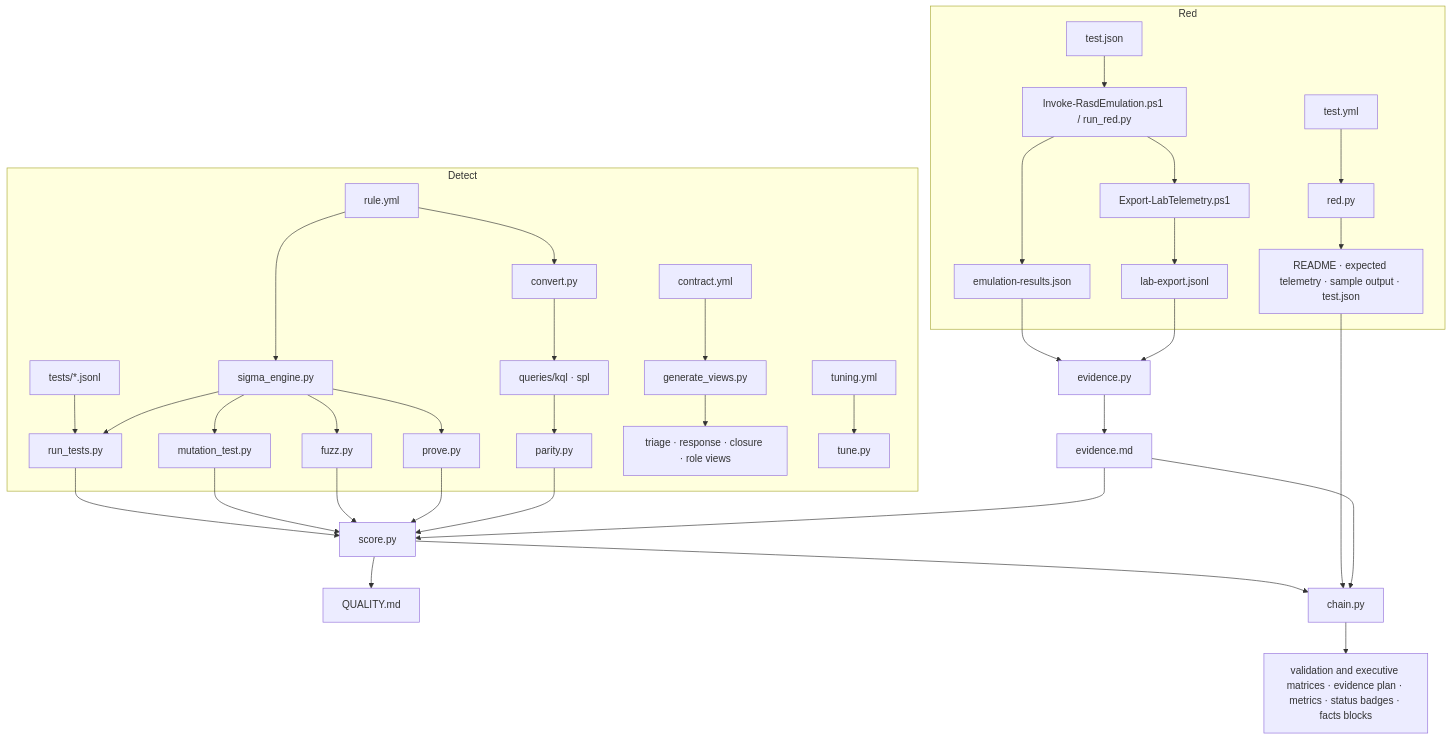
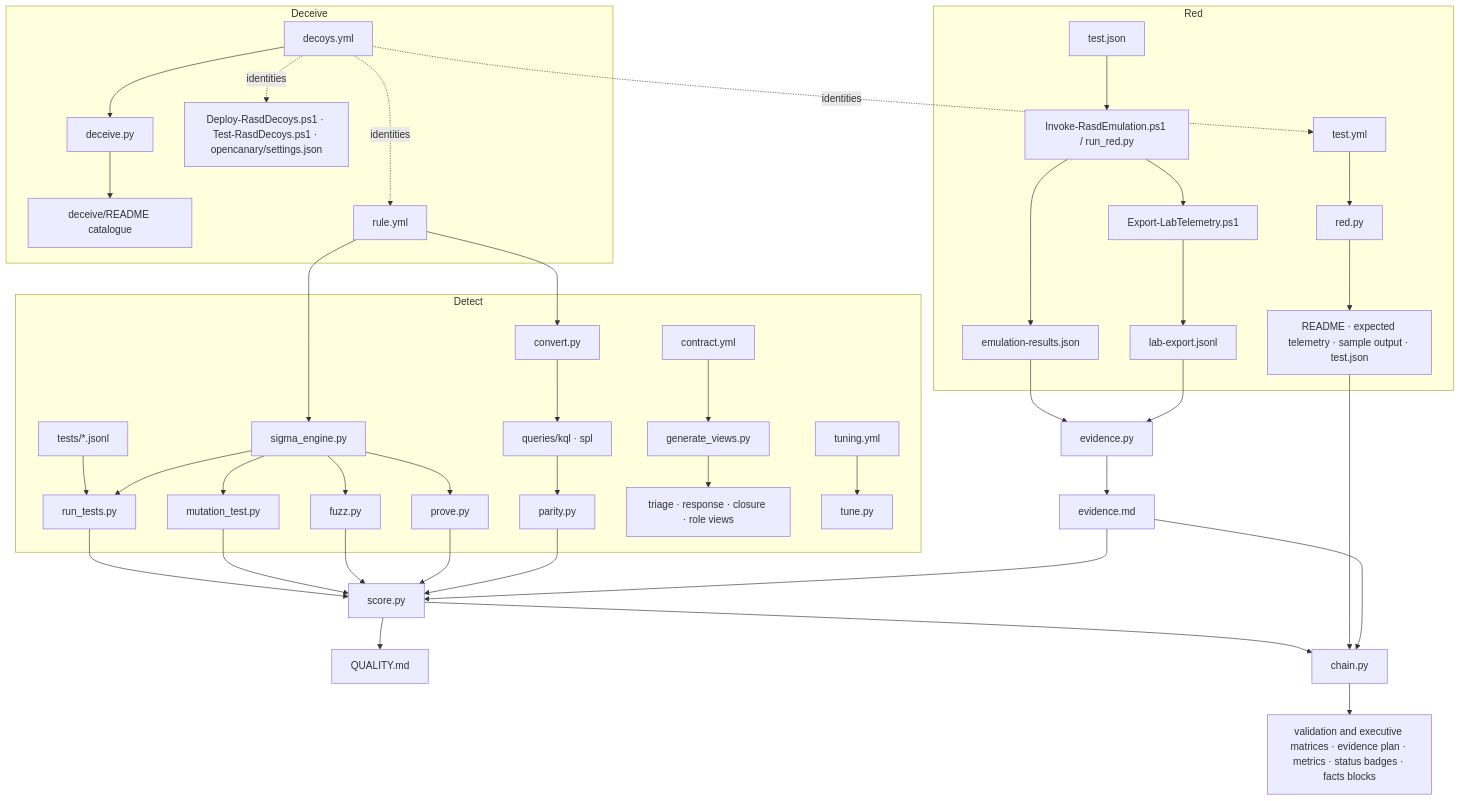
One commit to engziyad/RASD changed the diagram in docs/RASD_ARCHITECTURE.md. Above: the diagram before and after it, drawn with Mermaid. The commit also changed other lines of this file and 166 other files, not shown here.

````diff
--- a/docs/RASD_ARCHITECTURE.md
+++ b/docs/RASD_ARCHITECTURE.md
@@ -32,19 +33,25 @@
 ```mermaid
 flowchart TB
     subgraph Red
         TY[test.yml] --> RD[red.py] --> RG[README · expected telemetry · sample output · test.json]
         TJ[test.json] --> RUN[Invoke-RasdEmulation.ps1 / run_red.py] --> RES[emulation-results.json]
         RUN --> EXP[Export-LabTelemetry.ps1] --> LOGS[lab-export.jsonl]
+    end
+    subgraph Deceive
+        DY[decoys.yml] --> DC[deceive.py] --> DCAT[deceive/README catalogue]
+        DY -. identities .-> R
+        DY -. identities .-> TY
+        DY -. identities .-> DEP[Deploy-RasdDecoys.ps1 · Test-RasdDecoys.ps1 · opencanary/settings.json]
     end
     subgraph Detect
         R[rule.yml] --> E[sigma_engine.py]
         T[tests/*.jsonl] --> RT[run_tests.py]
         E --> RT & MT[mutation_test.py] & FZ[fuzz.py] & PV[prove.py]
         R --> CV[convert.py] --> Q[queries/kql · spl] --> PA[parity.py]
         C[contract.yml] --> GV[generate_views.py] --> CARDS[triage · response · closure · role views]
         TU[tuning.yml] --> TN[tune.py]
     end
     RES & LOGS --> EV[evidence.py] --> EVD[evidence.md]
     RT & MT & FZ & PV & PA & EVD --> SC[score.py] --> QM[QUALITY.md]
     SC & RG & EVD --> CH[chain.py] --> MX[validation and executive matrices · evidence plan · metrics · status badges · facts blocks]
 ```
````
